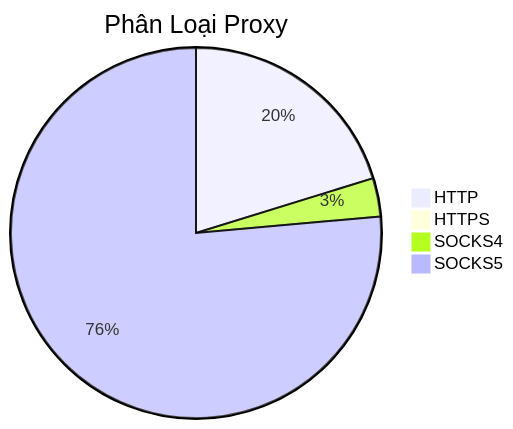
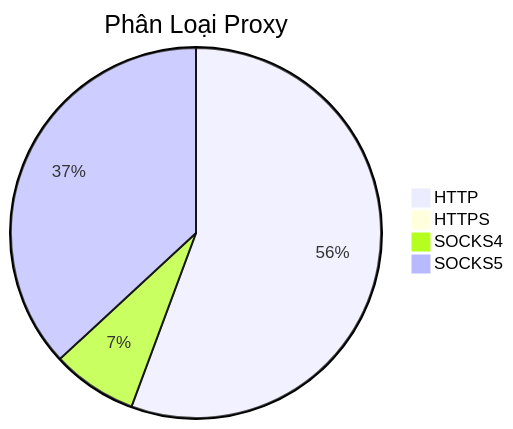
One commit to Ciara-Aa/PROXY-free changed the diagram in README.md. Above: the diagram before and after it, drawn with Mermaid. The commit also changed other lines of this file and 3 other files, not shown here.

````diff
--- a/README.md
+++ b/README.md
@@ -26,7 +26,7 @@
 ```mermaid
 pie title Phân Loại Proxy
-    "HTTP" : 1882
+    "HTTP" : 1918
     "HTTPS" : 1
-    "SOCKS4" : 312
-    "SOCKS5" : 7111
+    "SOCKS4" : 257
+    "SOCKS5" : 1271
 ```
````
